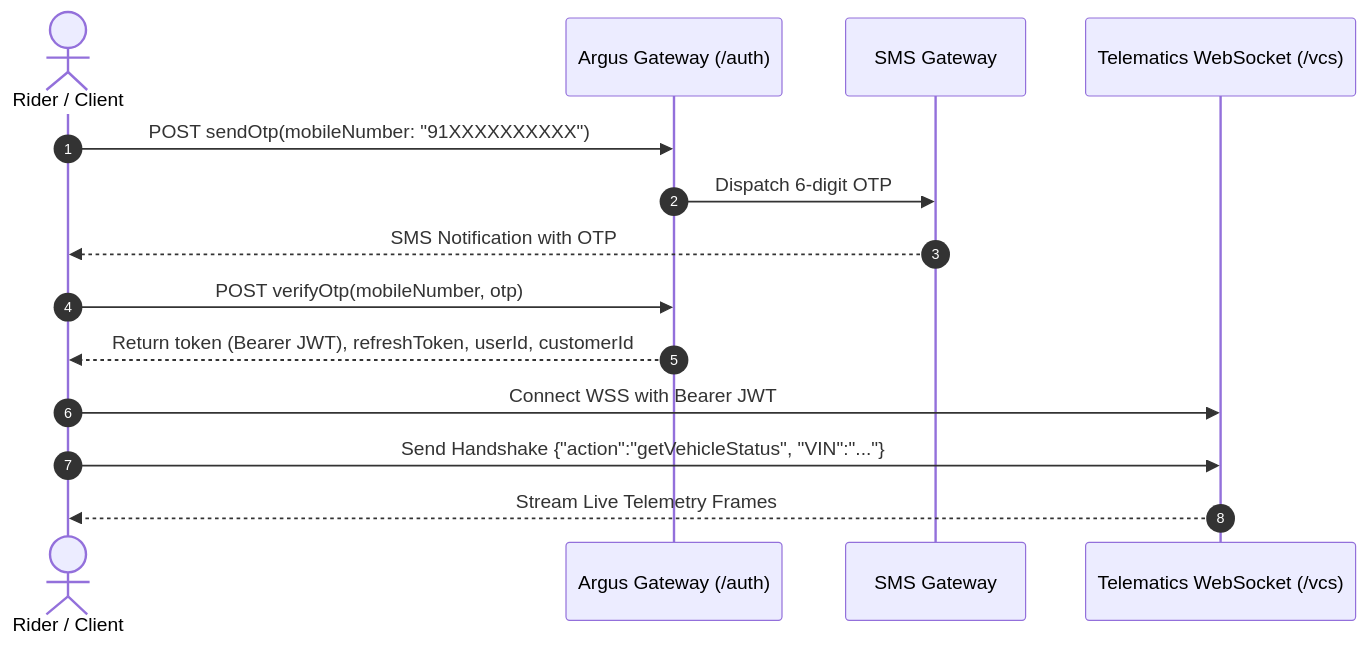
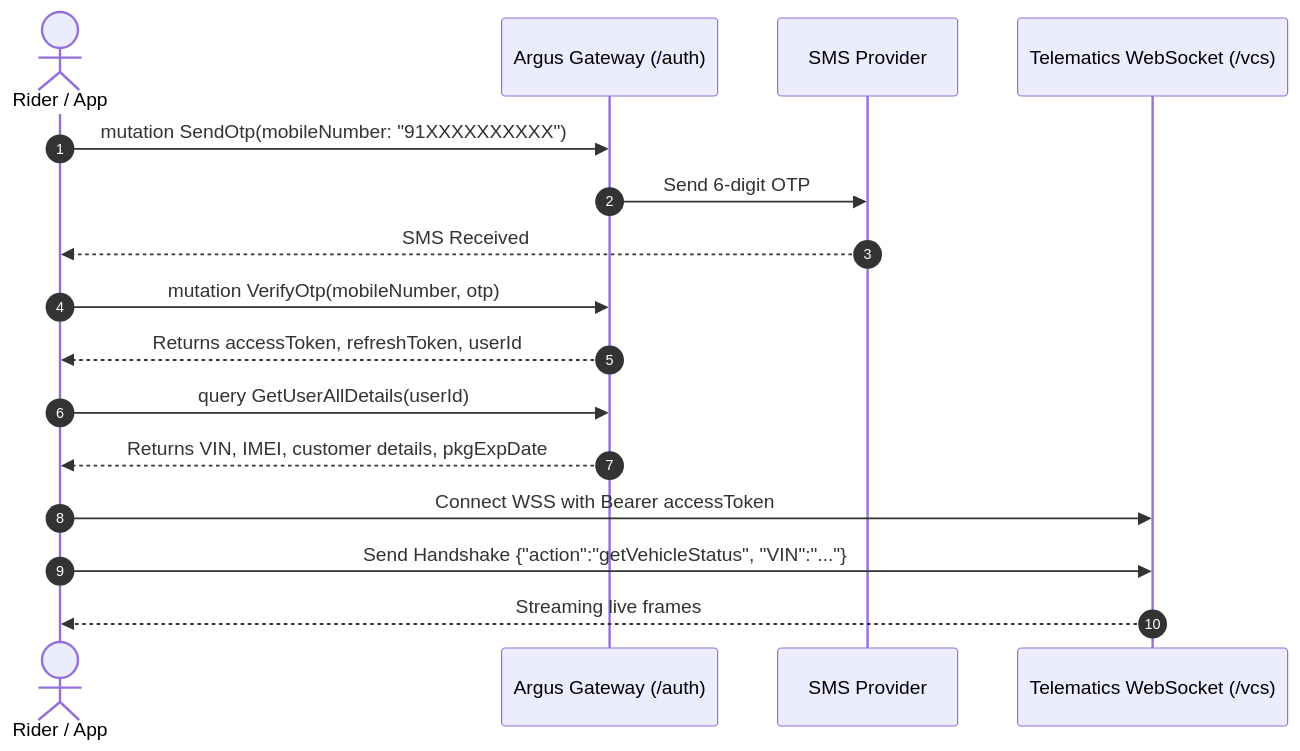
Before and after one commit to sakshamtalwarr/rorr-telemetrics: the diagram in docs/OBEN_API_ARCHITECTURE_GUIDE.md, drawn with Mermaid. The commit also changed other lines of this file, not shown here.

Commit message:
docs: enrich architecture guide with full APK operations, schemas, and proxy rationale

````diff
--- a/docs/OBEN_API_ARCHITECTURE_GUIDE.md
+++ b/docs/OBEN_API_ARCHITECTURE_GUIDE.md
@@ -24,17 +55,19 @@
 ```mermaid
 sequenceDiagram
     autonumber
-    actor User as Rider / Client
+    actor Rider as Rider / App
     participant GW as Argus Gateway (/auth)
-    participant SMS as SMS Gateway
+    participant SMS as SMS Provider
     participant VCS as Telematics WebSocket (/vcs)
 
-    User->>GW: POST sendOtp(mobileNumber: "91XXXXXXXXXX")
-    GW->>SMS: Dispatch 6-digit OTP
-    SMS-->>User: SMS Notification with OTP
-    User->>GW: POST verifyOtp(mobileNumber, otp)
-    GW-->>User: Return token (Bearer JWT), refreshToken, userId, customerId
-    User->>VCS: Connect WSS with Bearer JWT
-    User->>VCS: Send Handshake {"action":"getVehicleStatus", "VIN":"..."}
-    VCS-->>User: Stream Live Telemetry Frames
+    Rider->>GW: mutation SendOtp(mobileNumber: "91XXXXXXXXXX")
+    GW->>SMS: Send 6-digit OTP
+    SMS-->>Rider: SMS Received
+    Rider->>GW: mutation VerifyOtp(mobileNumber, otp)
+    GW-->>Rider: Returns accessToken, refreshToken, userId
+    Rider->>GW: query GetUserAllDetails(userId)
+    GW-->>Rider: Returns VIN, IMEI, customer details, pkgExpDate
+    Rider->>VCS: Connect WSS with Bearer accessToken
+    Rider->>VCS: Send Handshake {"action":"getVehicleStatus", "VIN":"..."}
+    VCS-->>Rider: Streaming live frames
 ```
````
